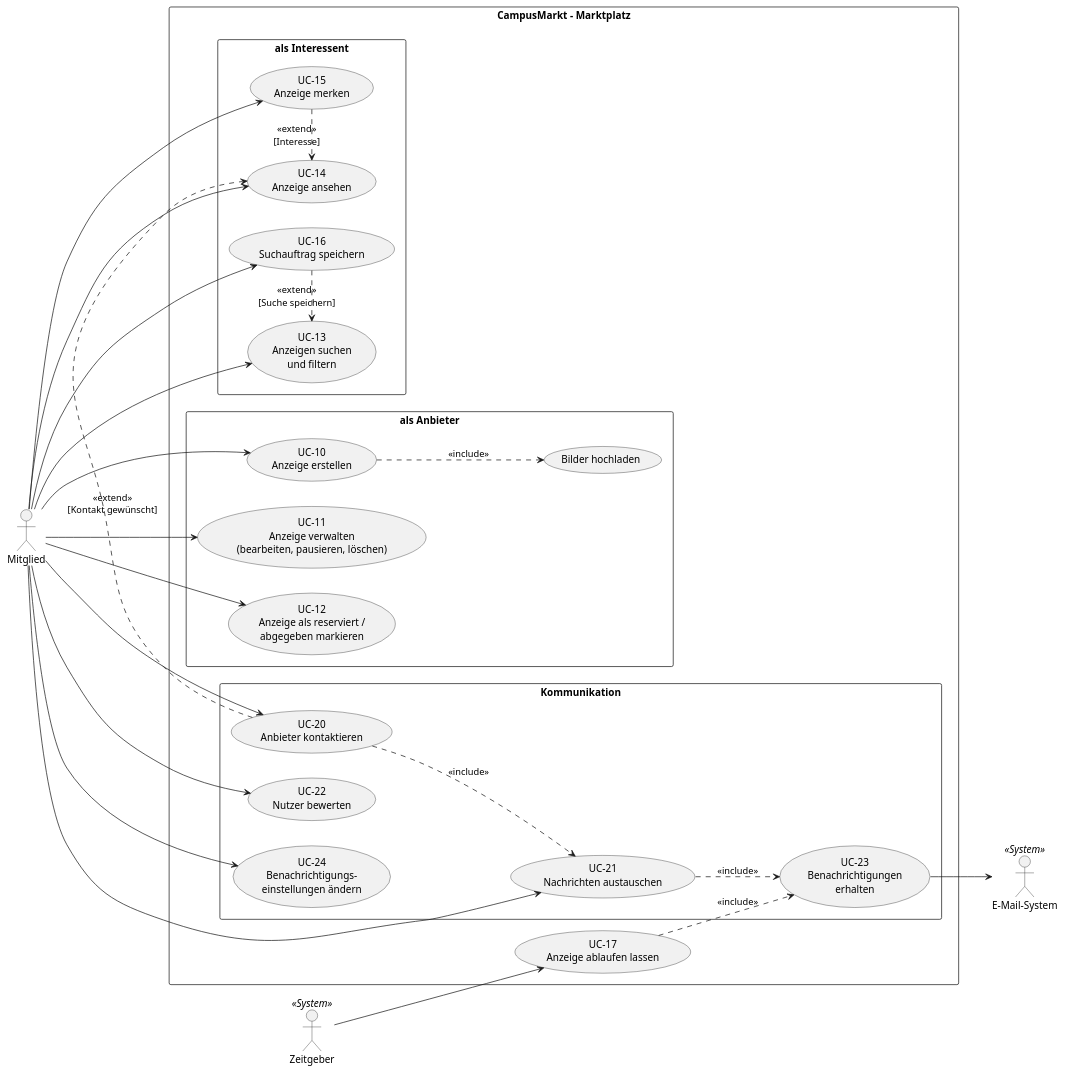
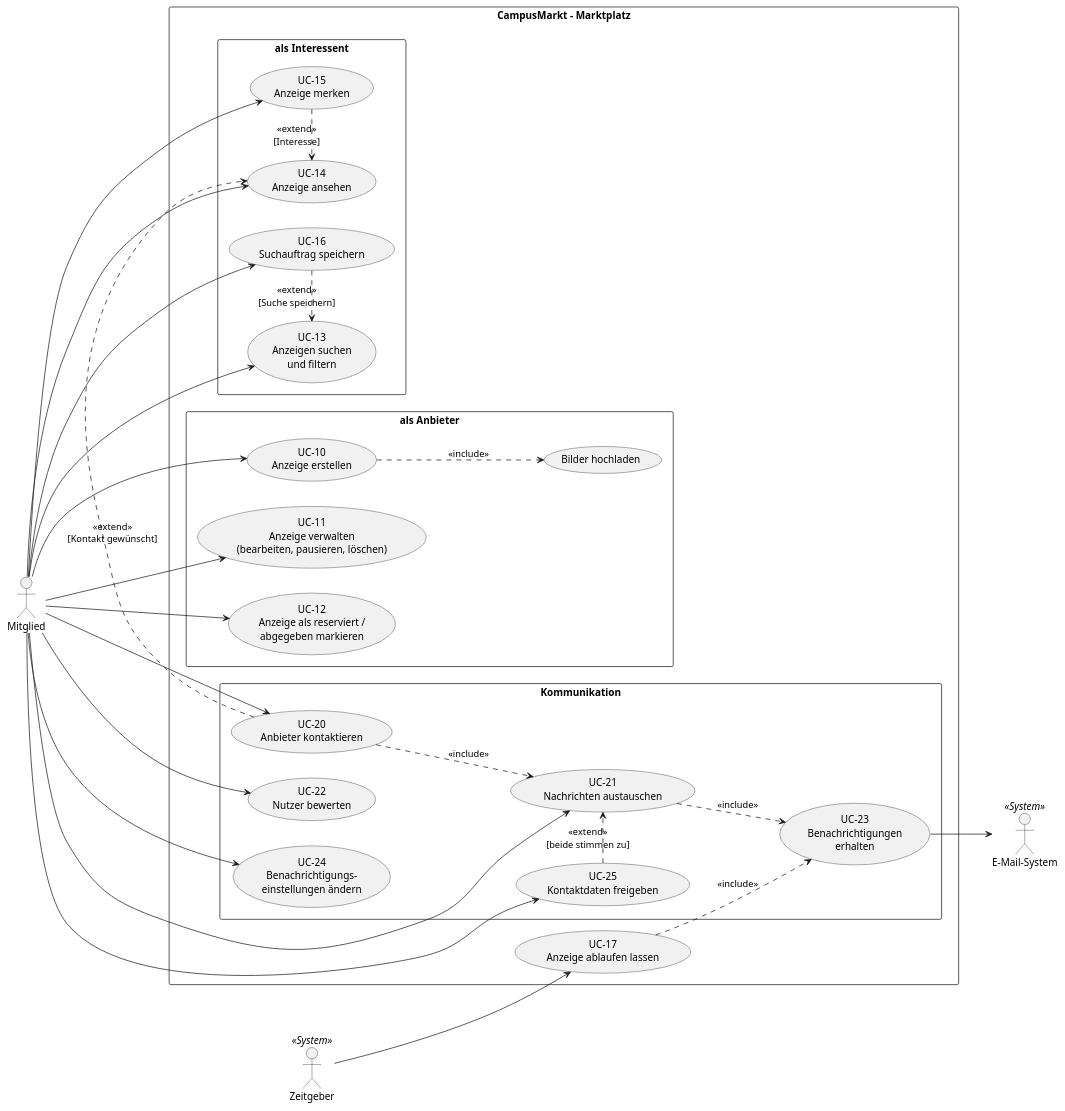
One commit to CaRo10Robert/SWeng_projekt2026 changed the third of 8 diagrams in docs/02-anforderungen/01-use-cases.md. Above: the diagram before and after it, drawn with PlantUML. The commit also changed other lines of this file and 107 other files, not shown here.

````diff
--- a/docs/02-anforderungen/01-use-cases.md
+++ b/docs/02-anforderungen/01-use-cases.md
@@ -91,54 +106,57 @@
 ```plantuml
 @startuml uc_marktplatz
 left to right direction
 skinparam packageStyle rectangle
 actor "Mitglied" as M
 actor "E-Mail-System" as Mail <<System>>
 actor "Zeitgeber" as Timer <<System>>
 
 rectangle "CampusMarkt – Marktplatz" {
   package "als Anbieter" {
     usecase "UC-10\nAnzeige erstellen" as UC10
     usecase "Bilder hochladen" as UCB
     usecase "UC-11\nAnzeige verwalten\n(bearbeiten, pausieren, löschen)" as UC11
     usecase "UC-12\nAnzeige als reserviert /\nabgegeben markieren" as UC12
   }
   package "als Interessent" {
     usecase "UC-13\nAnzeigen suchen\nund filtern" as UC13
     usecase "UC-14\nAnzeige ansehen" as UC14
     usecase "UC-15\nAnzeige merken" as UC15
     usecase "UC-16\nSuchauftrag speichern" as UC16
   }
   package "Kommunikation" {
     usecase "UC-20\nAnbieter kontaktieren" as UC20
     usecase "UC-21\nNachrichten austauschen" as UC21
+    usecase "UC-25\nKontaktdaten freigeben" as UC25
     usecase "UC-22\nNutzer bewerten" as UC22
     usecase "UC-23\nBenachrichtigungen\nerhalten" as UC23
     usecase "UC-24\nBenachrichtigungs-\neinstellungen ändern" as UC24
   }
   usecase "UC-17\nAnzeige ablaufen lassen" as UC17
 }
 
 M --> UC10
 M --> UC11
 M --> UC12
 M --> UC13
 M --> UC14
 M --> UC15
 M --> UC16
 M --> UC20
 M --> UC21
 M --> UC22
 M --> UC24
+M --> UC25
 Timer --> UC17
+UC25 .> UC21 : <<extend>>\n[beide stimmen zu]
 
 UC10 ..> UCB : <<include>>
 UC15 .> UC14 : <<extend>>\n[Interesse]
 UC20 .> UC14 : <<extend>>\n[Kontakt gewünscht]
 UC16 .> UC13 : <<extend>>\n[Suche speichern]
 UC20 ..> UC21 : <<include>>
 UC21 ..> UC23 : <<include>>
 UC17 ..> UC23 : <<include>>
 UC23 --> Mail
 @enduml
 ```
````
